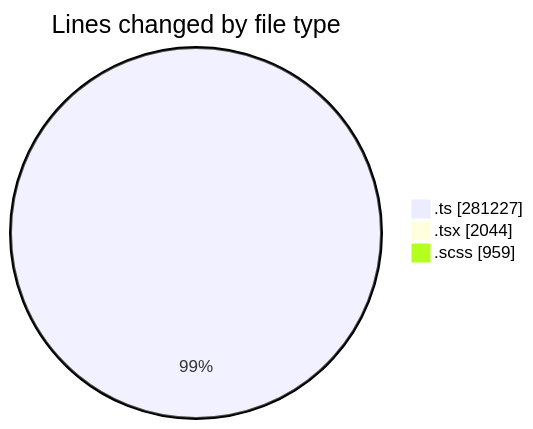
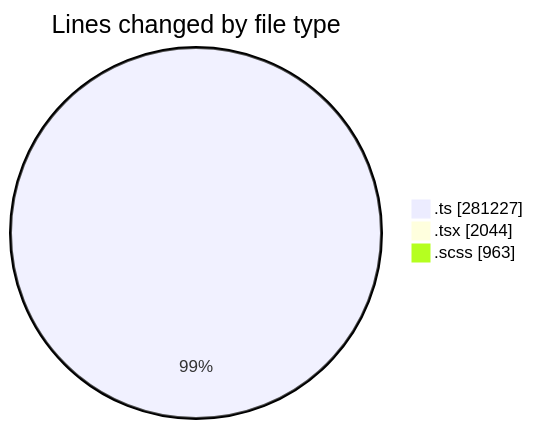
The first of 2 diagrams in 2025-08-22/cda/README.md (momahboobian/code-tracking), drawn with Mermaid before and after one commit. The commit also changed other lines of this file and 1 other file, not shown here.

````diff
--- a/2025-08-22/cda/README.md
+++ b/2025-08-22/cda/README.md
@@ -43,7 +43,7 @@
 ```mermaid
 pie showData
 title Lines changed by file type
 ".ts" : 281227
 ".tsx" : 2044
-".scss" : 959
+".scss" : 963
 ```
````
